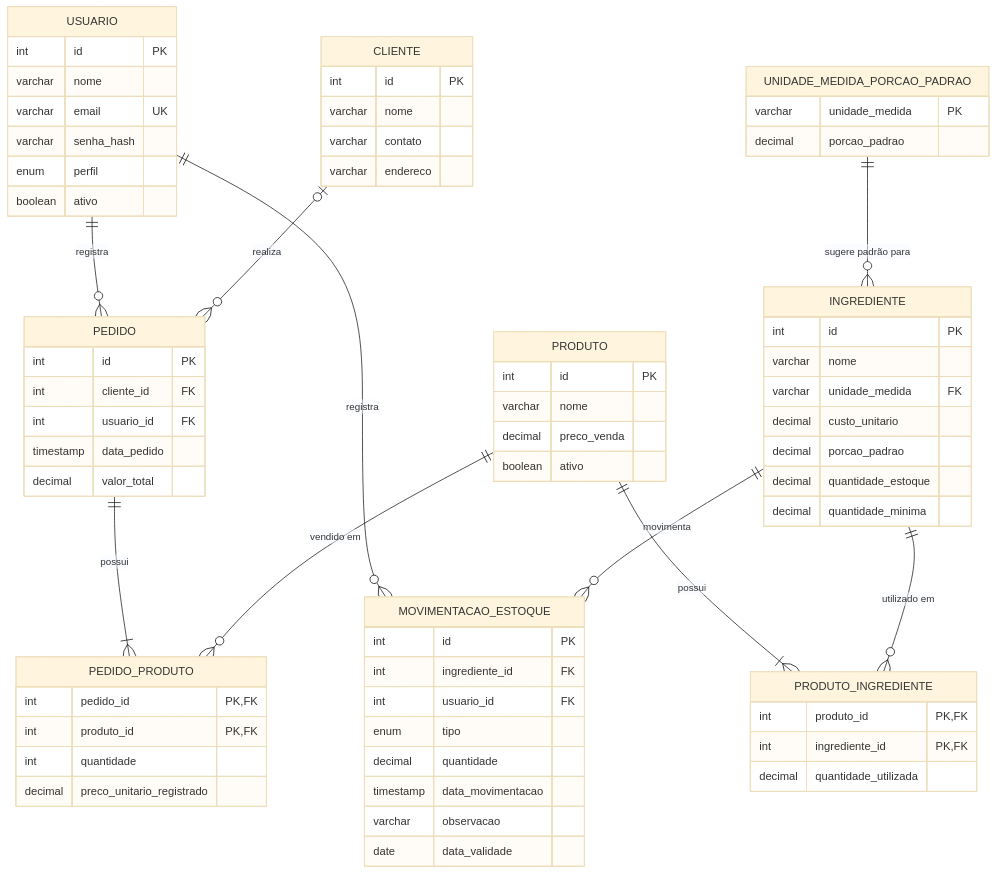
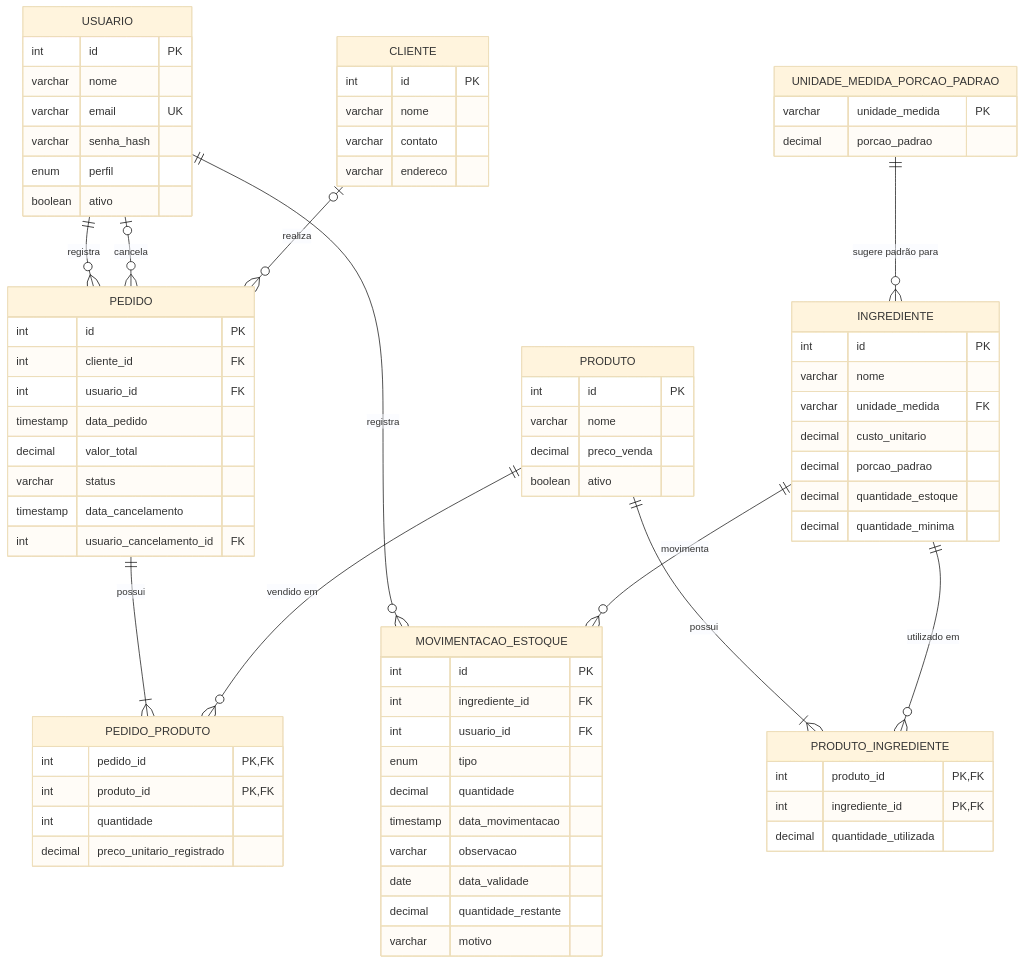
Before and after one commit to KaueNCarneiro/Mente_Fria: the diagram in docs/DER.md, drawn with Mermaid (base theme). The commit also changed other lines of this file and 23 other files, not shown here.

```diff
--- a/docs/DER.md
+++ b/docs/DER.md
@@ -62,6 +64,9 @@
         int usuario_id FK
         timestamp data_pedido
         decimal valor_total
+        varchar status
+        timestamp data_cancelamento
+        int usuario_cancelamento_id FK
     }
 
     PEDIDO_PRODUTO {
@@ -80,6 +85,8 @@
         timestamp data_movimentacao
         varchar observacao
         date data_validade
+        decimal quantidade_restante
+        varchar motivo
     }
 
     %% RECOMENDACAO_PRODUCAO, ITEM_RECOMENDACAO_PRODUCAO, RECOMENDACAO_REPOSICAO,
@@ -88,6 +95,7 @@
     %% demanda pela aplicação, sem persistir histórico.
 
     USUARIO ||--o{ PEDIDO : registra
+    USUARIO |o--o{ PEDIDO : cancela
     USUARIO ||--o{ MOVIMENTACAO_ESTOQUE : registra
     CLIENTE |o--o{ PEDIDO : realiza
 
```
